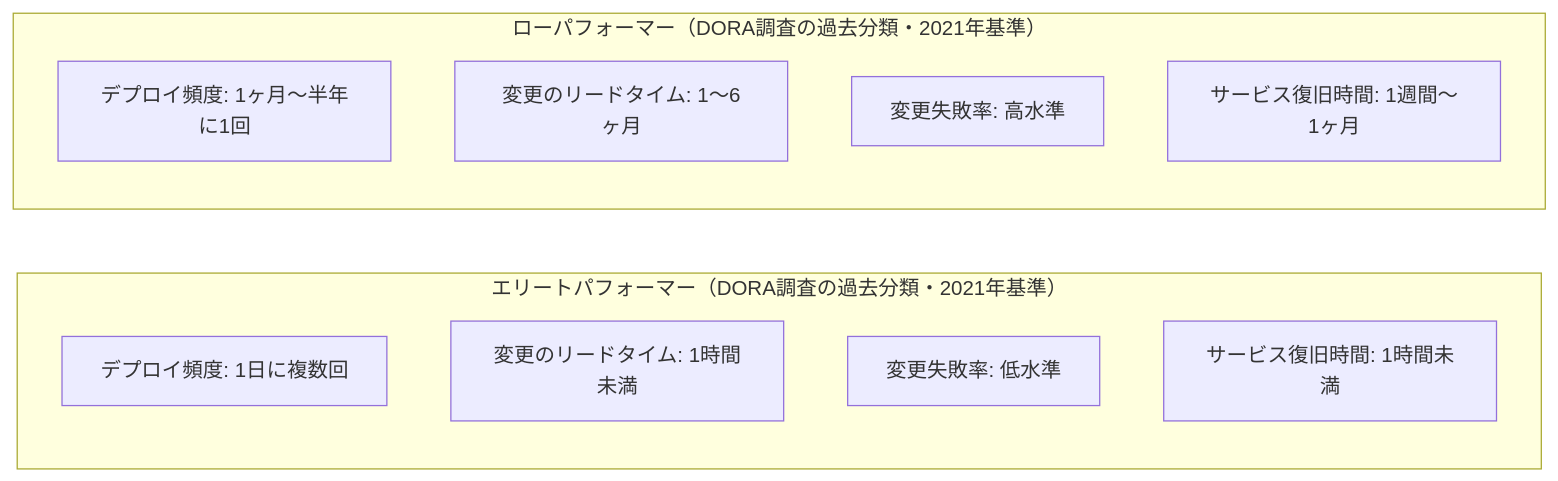
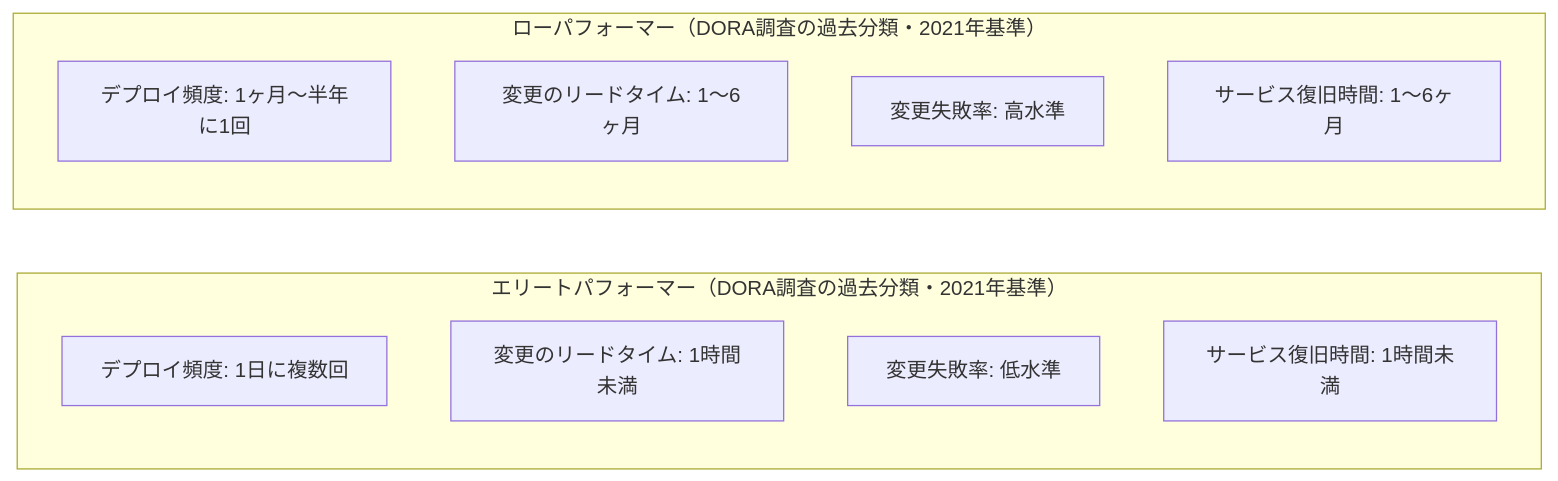
One commit to myoshi2891/Cloud-Infrastructure-Studies changed diagram 18 of 19 in The-devops-handbook.md. Above: the diagram before and after it, drawn with Mermaid. The commit also changed other lines of this file and 1 other file, not shown here.

````diff
--- a/The-devops-handbook.md
+++ b/The-devops-handbook.md
@@ -559,17 +559,17 @@
 ```mermaid
 flowchart LR
     subgraph elite["エリートパフォーマー（DORA調査の過去分類・2021年基準）"]
         direction TB
         E1["デプロイ頻度: 1日に複数回"]
         E2["変更のリードタイム: 1時間未満"]
         E3["変更失敗率: 低水準"]
         E4["サービス復旧時間: 1時間未満"]
     end
     subgraph low["ローパフォーマー（DORA調査の過去分類・2021年基準）"]
         direction TB
         LW1["デプロイ頻度: 1ヶ月〜半年に1回"]
         LW2["変更のリードタイム: 1〜6ヶ月"]
         LW3["変更失敗率: 高水準"]
-        LW4["サービス復旧時間: 1週間〜1ヶ月"]
+        LW4["サービス復旧時間: 1〜6ヶ月"]
     end
 ```
````
